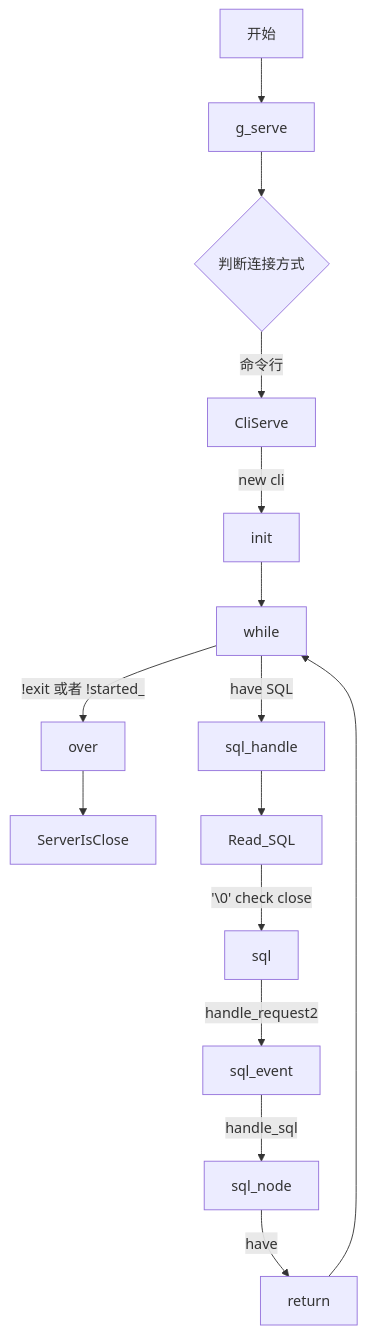
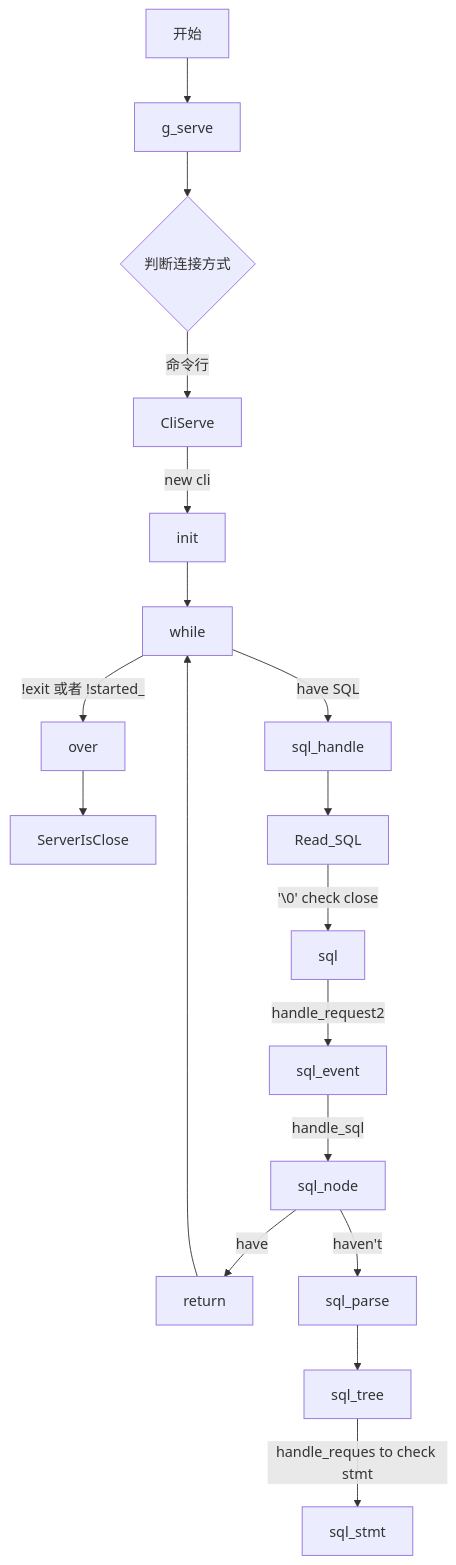
Before and after one commit to jyoushitou/Blog-Article: the diagram in article/2026_09_26.md, drawn with Mermaid.

Commit message:
202609026v06

````diff
--- a/article/2026_09_26.md
+++ b/article/2026_09_26.md
@@ -208,17 +208,21 @@
 ```mermaid
 graph TD
   main[开始] --> g_serve
   g_serve --> serve{判断连接方式}
   serve -->|命令行| cli[CliServe]
   cli --> |new cli| init
   init --> while
   while --> |have SQL| sql_handle
   while --> |!exit 或者 !started_ | over
   over --> ServerIsClose
   sql_handle --> Read_SQL
   Read_SQL --> |'\0' check close| sql
   sql -->  |handle_request2| sql_event
   sql_event --> |handle_sql| sql_node
   sql_node --> |have| return 
   return --> while
+  sql_node --> |haven't| sql_parse
+  sql_parse --> sql_tree
+  sql_tree --> |handle_reques to check stmt| sql_stmt
+
 ```
````
